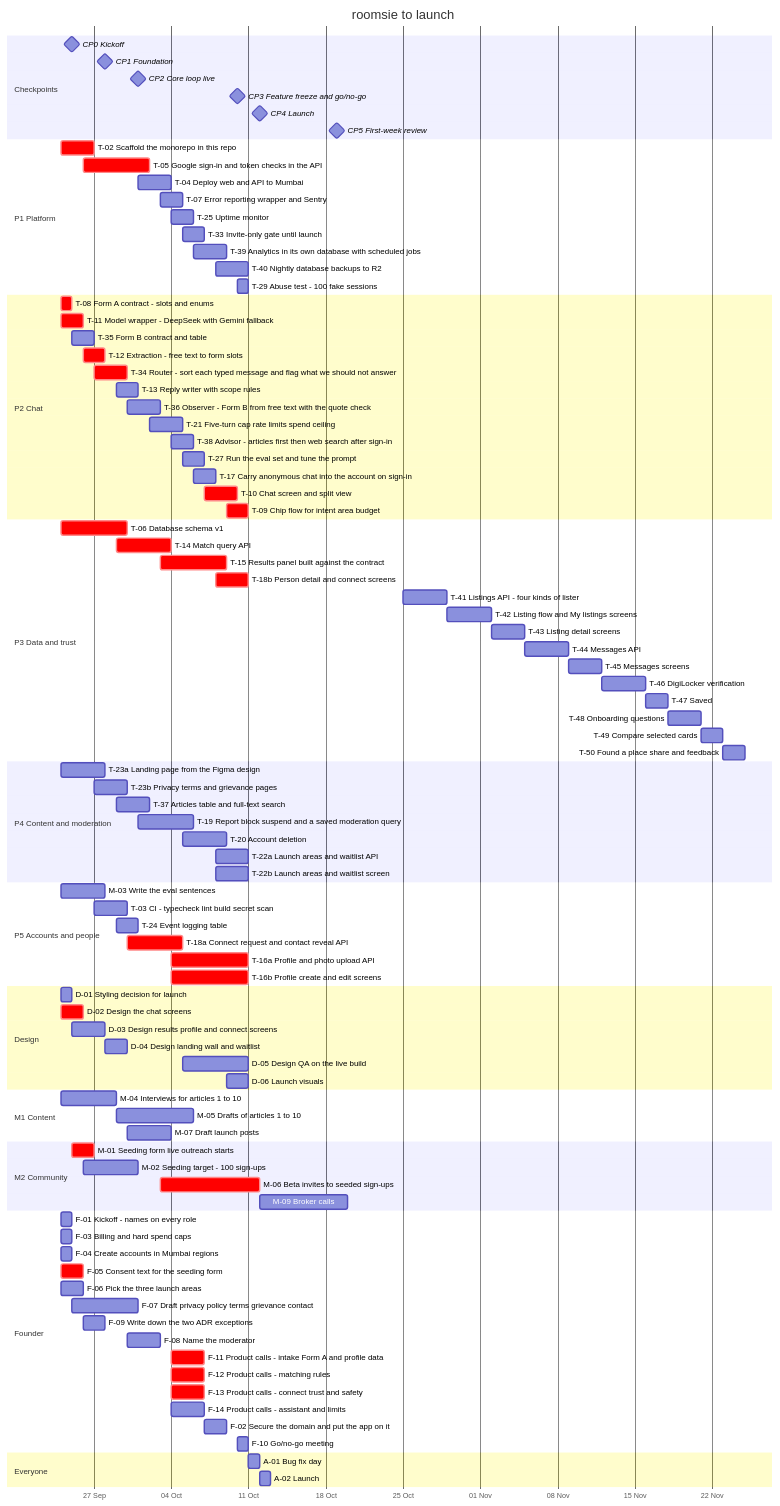
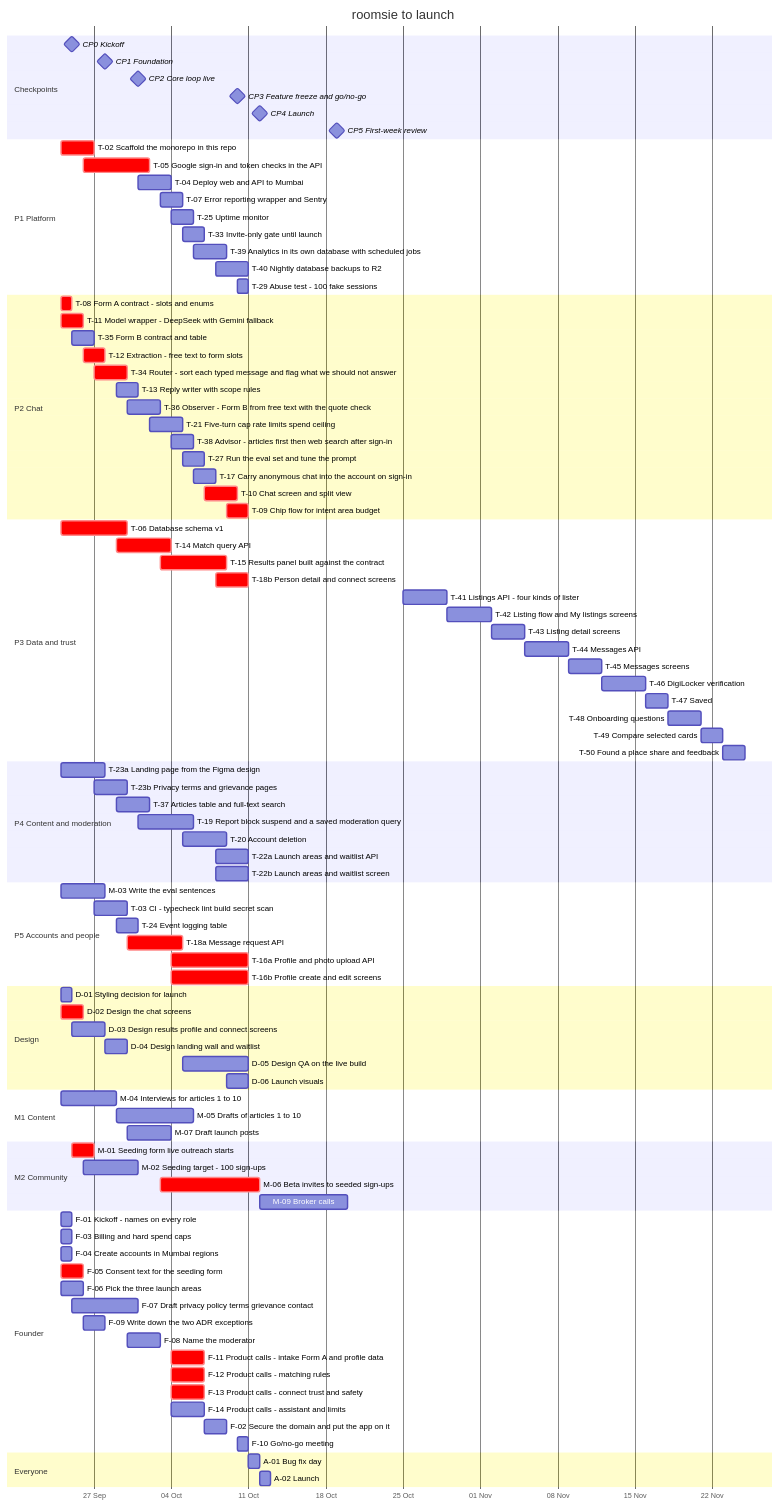
One commit to magentawood/roomsie changed the diagram in docs/team-plan.md. Above: the diagram before and after it, drawn with Mermaid. The commit also changed other lines of this file and 44 other files, not shown here.

```diff
--- a/docs/team-plan.md
+++ b/docs/team-plan.md
@@ -365,7 +365,7 @@
     M-03 Write the eval sentences :m03, 2026-09-24, 4d
     T-03 CI - typecheck lint build secret scan :t03, 2026-09-27, 3d
     T-24 Event logging table :t24, 2026-09-29, 2d
-    T-18a Connect request and contact reveal API :crit, t18a, 2026-09-30, 5d
+    T-18a Message request API :crit, t18a, 2026-09-30, 5d
     T-16a Profile and photo upload API :crit, t16a, 2026-10-04, 7d
     T-16b Profile create and edit screens :crit, t16b, 2026-10-04, 7d
     section Design
```
